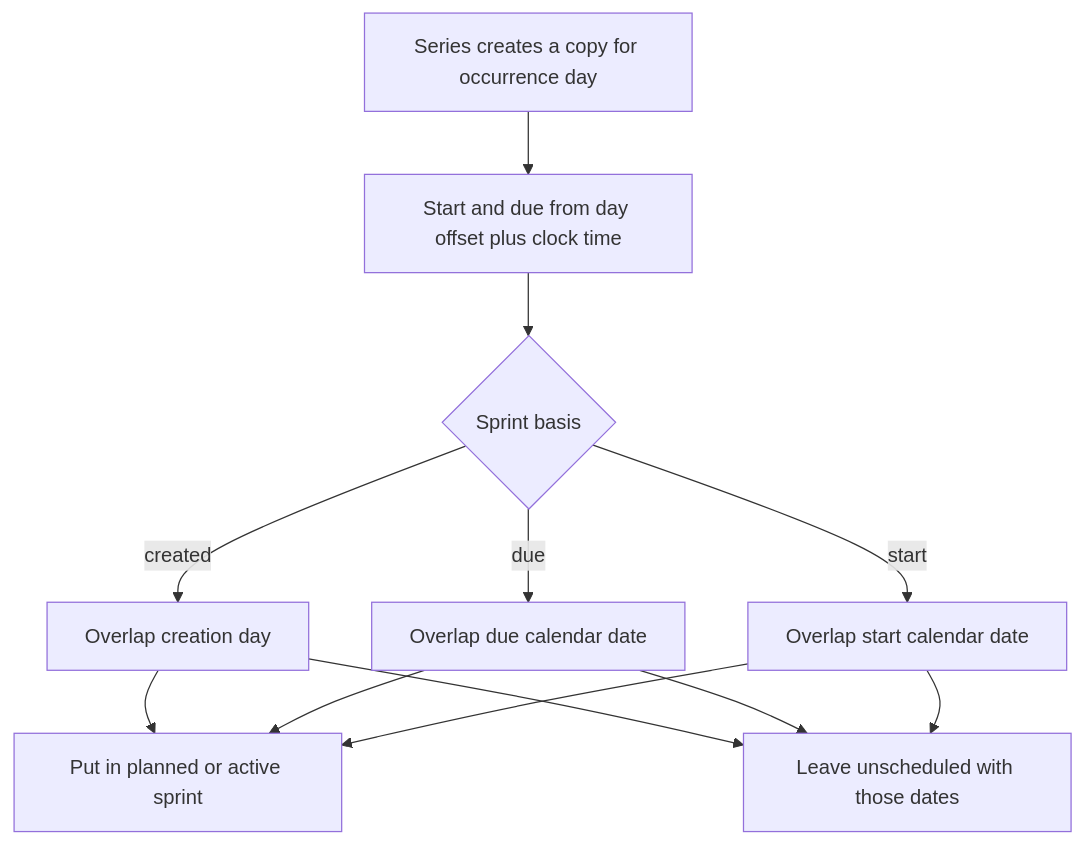
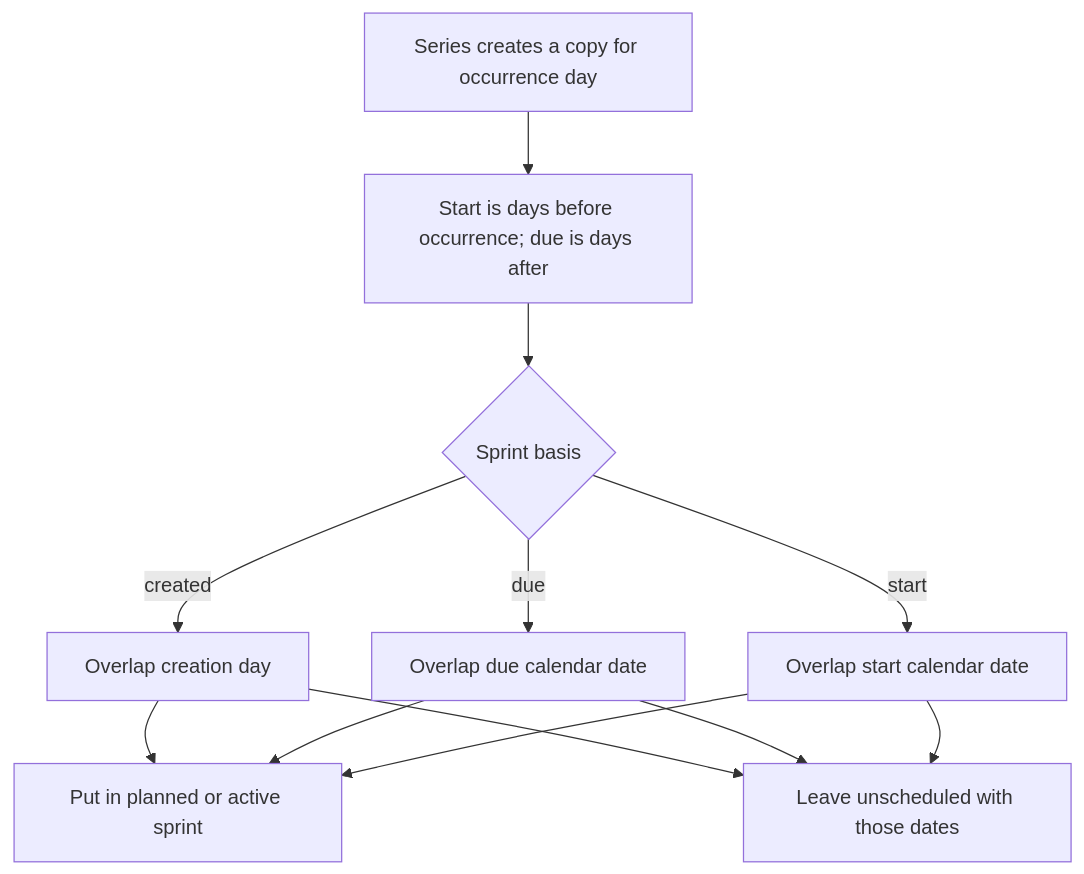
One commit to Mathotics/Keel changed the second of 3 diagrams in docs/adr/ADR-029.md. Above: the diagram before and after it, drawn with Mermaid. The commit also changed other lines of this file and 13 other files, not shown here.

Commit message:
KEEL-34 Fixed bug in start date offset for schedule

````diff
--- a/docs/adr/ADR-029.md
+++ b/docs/adr/ADR-029.md
@@ -123,22 +125,22 @@
 ```mermaid
 flowchart TD
   spawn[Series creates a copy for occurrence day]
-  applyOffsets[Start and due from day offset plus clock time]
+  applyOffsets[Start is days before occurrence; due is days after]
   basis{Sprint basis}
   byCreated[Overlap creation day]
   byDue[Overlap due calendar date]
   byStart[Overlap start calendar date]
   scheduled[Put in planned or active sprint]
   unscheduled[Leave unscheduled with those dates]
   spawn --> applyOffsets
   applyOffsets --> basis
   basis -->|created| byCreated
   basis -->|due| byDue
   basis -->|start| byStart
   byCreated --> scheduled
   byDue --> scheduled
   byStart --> scheduled
   byCreated --> unscheduled
   byDue --> unscheduled
   byStart --> unscheduled
 ```
````
